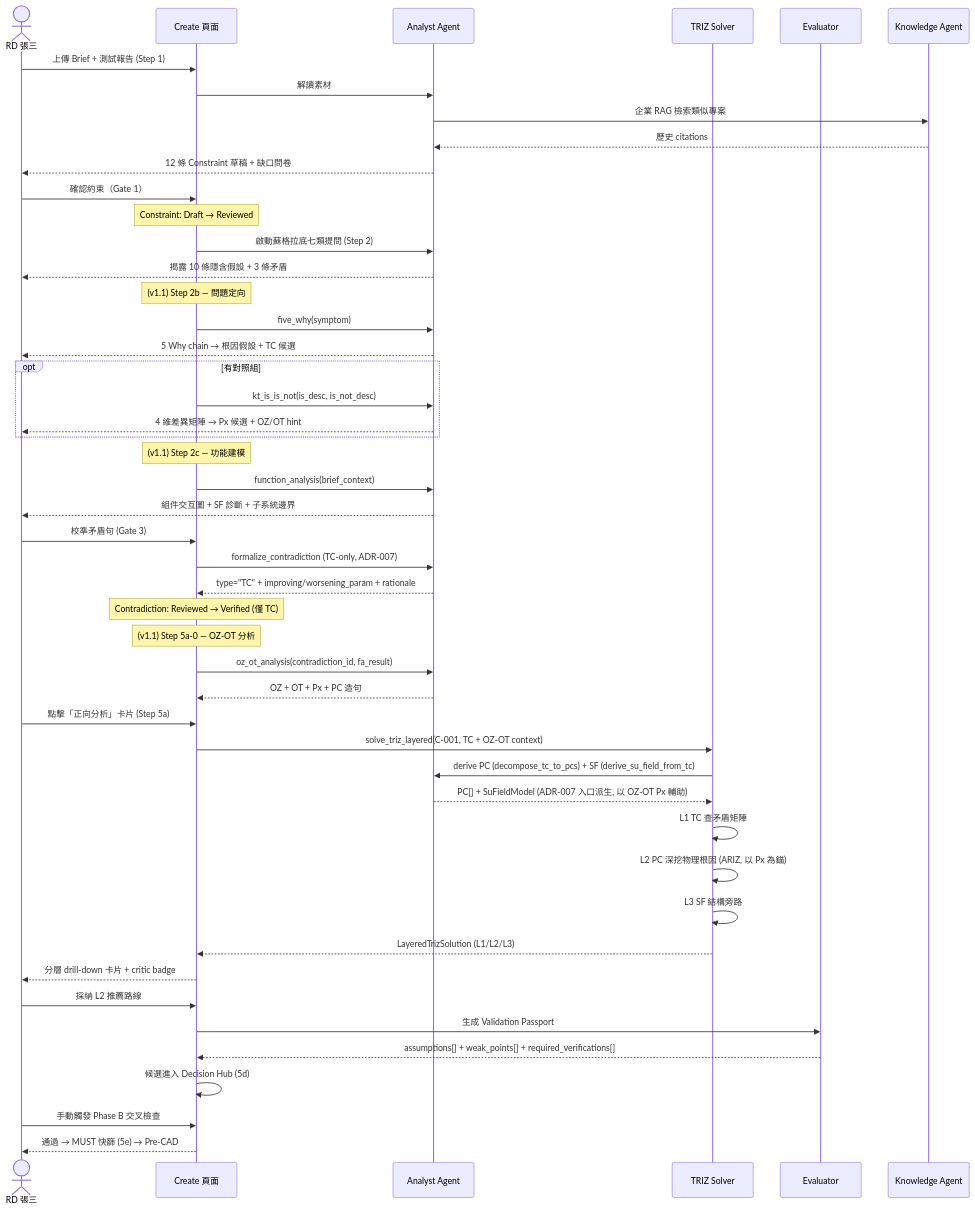
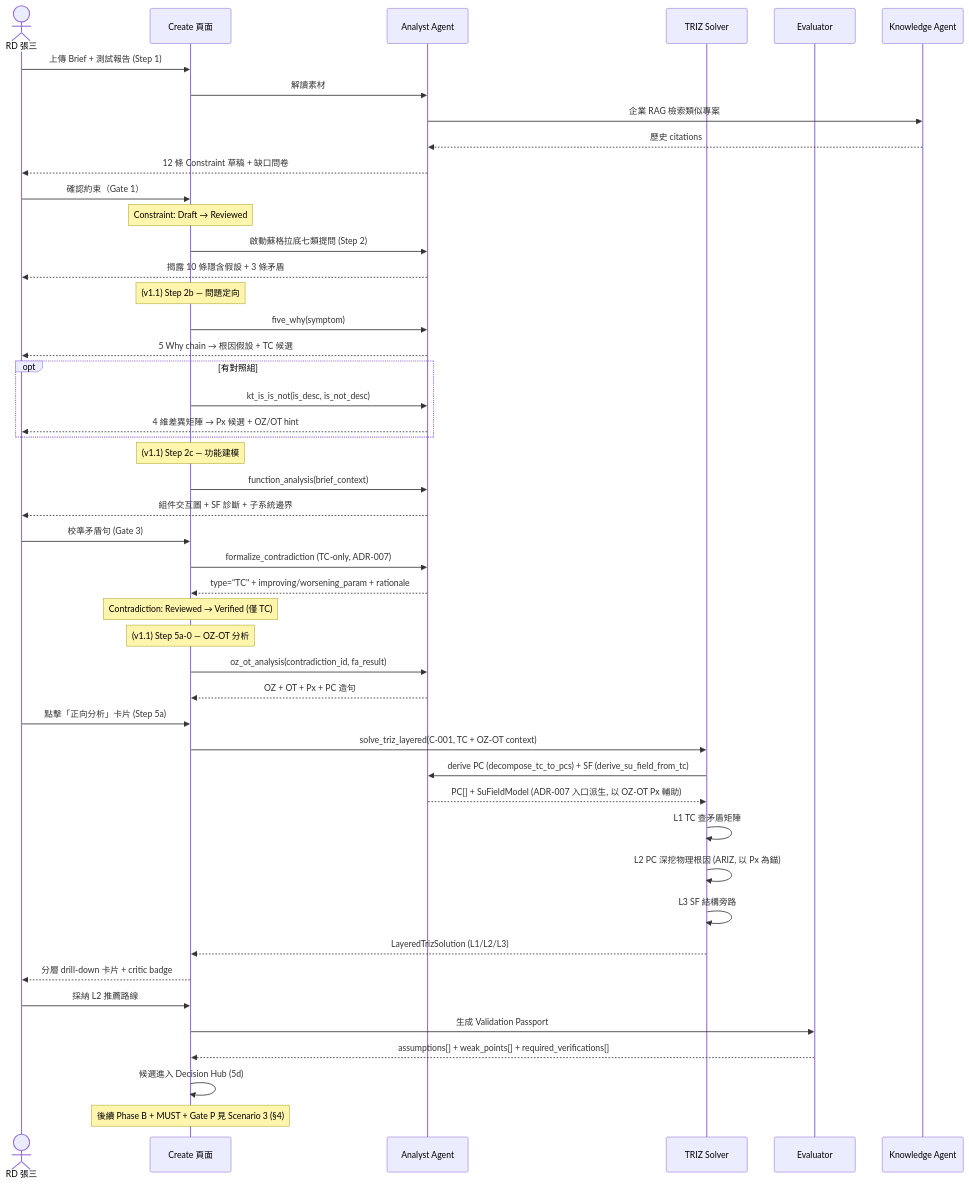
One commit to Zenobia0000/RD_copilot_system changed the second of 5 diagrams in docs/01-define/E3--system-interaction-flow.md. Above: the diagram before and after it, drawn with Mermaid. The commit also changed other lines of this file and 35 other files, not shown here.

````diff
--- a/docs/01-define/E3--system-interaction-flow.md
+++ b/docs/01-define/E3--system-interaction-flow.md
@@ -68,60 +79,59 @@
 ```mermaid
 sequenceDiagram
     actor RD as RD 張三
     participant UI as Create 頁面
     participant AA as Analyst Agent
     participant TS as TRIZ Solver
     participant EV as Evaluator
     participant KB as Knowledge Agent
 
     RD->>UI: 上傳 Brief + 測試報告 (Step 1)
     UI->>AA: 解讀素材
     AA->>KB: 企業 RAG 檢索類似專案
     KB-->>AA: 歷史 citations
     AA-->>RD: 12 條 Constraint 草稿 + 缺口問卷
 
     RD->>UI: 確認約束（Gate 1）
     Note over UI: Constraint: Draft → Reviewed
 
     UI->>AA: 啟動蘇格拉底七類提問 (Step 2)
     AA-->>RD: 揭露 10 條隱含假設 + 3 條矛盾
 
     Note over UI: (v1.1) Step 2b — 問題定向
     UI->>AA: five_why(symptom)
     AA-->>RD: 5 Why chain → 根因假設 + TC 候選
     opt 有對照組
         UI->>AA: kt_is_is_not(is_desc, is_not_desc)
         AA-->>RD: 4 維差異矩陣 → Px 候選 + OZ/OT hint
     end
 
     Note over UI: (v1.1) Step 2c — 功能建模
     UI->>AA: function_analysis(brief_context)
     AA-->>RD: 組件交互圖 + SF 診斷 + 子系統邊界
 
     RD->>UI: 校準矛盾句 (Gate 3)
     UI->>AA: formalize_contradiction (TC-only, ADR-007)
     AA-->>UI: type="TC" + improving/worsening_param + rationale
     Note over UI: Contradiction: Reviewed → Verified (僅 TC)
 
     Note over UI: (v1.1) Step 5a-0 — OZ-OT 分析
     UI->>AA: oz_ot_analysis(contradiction_id, fa_result)
     AA-->>UI: OZ + OT + Px + PC 造句
 
     RD->>UI: 點擊「正向分析」卡片 (Step 5a)
     UI->>TS: solve_triz_layered(C-001, TC + OZ-OT context)
     TS->>AA: derive PC (decompose_tc_to_pcs) + SF (derive_su_field_from_tc)
     AA-->>TS: PC[] + SuFieldModel (ADR-007 入口派生, 以 OZ-OT Px 輔助)
     TS->>TS: L1 TC 查矛盾矩陣
     TS->>TS: L2 PC 深挖物理根因 (ARIZ, 以 Px 為錨)
     TS->>TS: L3 SF 結構旁路
     TS-->>UI: LayeredTrizSolution (L1/L2/L3)
     UI-->>RD: 分層 drill-down 卡片 + critic badge
 
     RD->>UI: 採納 L2 推薦路線
     UI->>EV: 生成 Validation Passport
     EV-->>UI: assumptions[] + weak_points[] + required_verifications[]
 
     UI->>UI: 候選進入 Decision Hub (5d)
-    RD->>UI: 手動觸發 Phase B 交叉檢查
-    UI-->>RD: 通過 → MUST 快篩 (5e) → Pre-CAD
+    Note over UI: 後續 Phase B + MUST + Gate P 見 Scenario 3 (§4)
 ```
````
